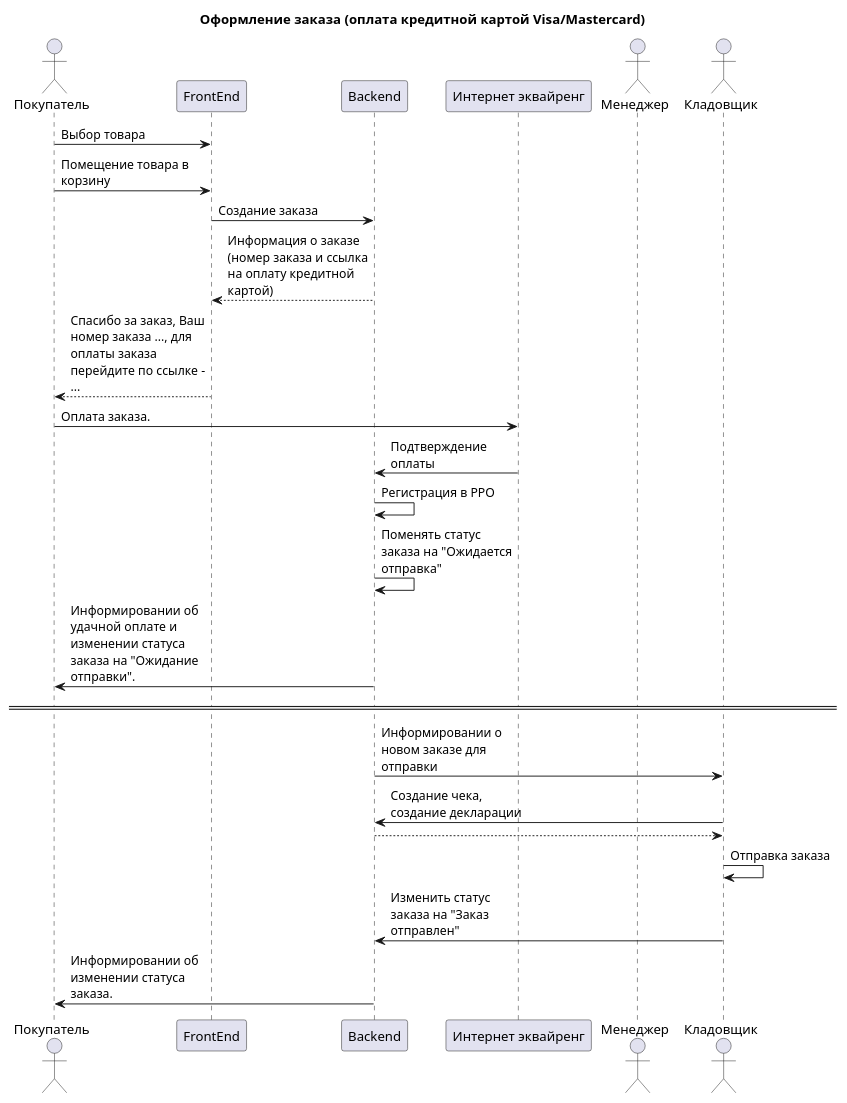
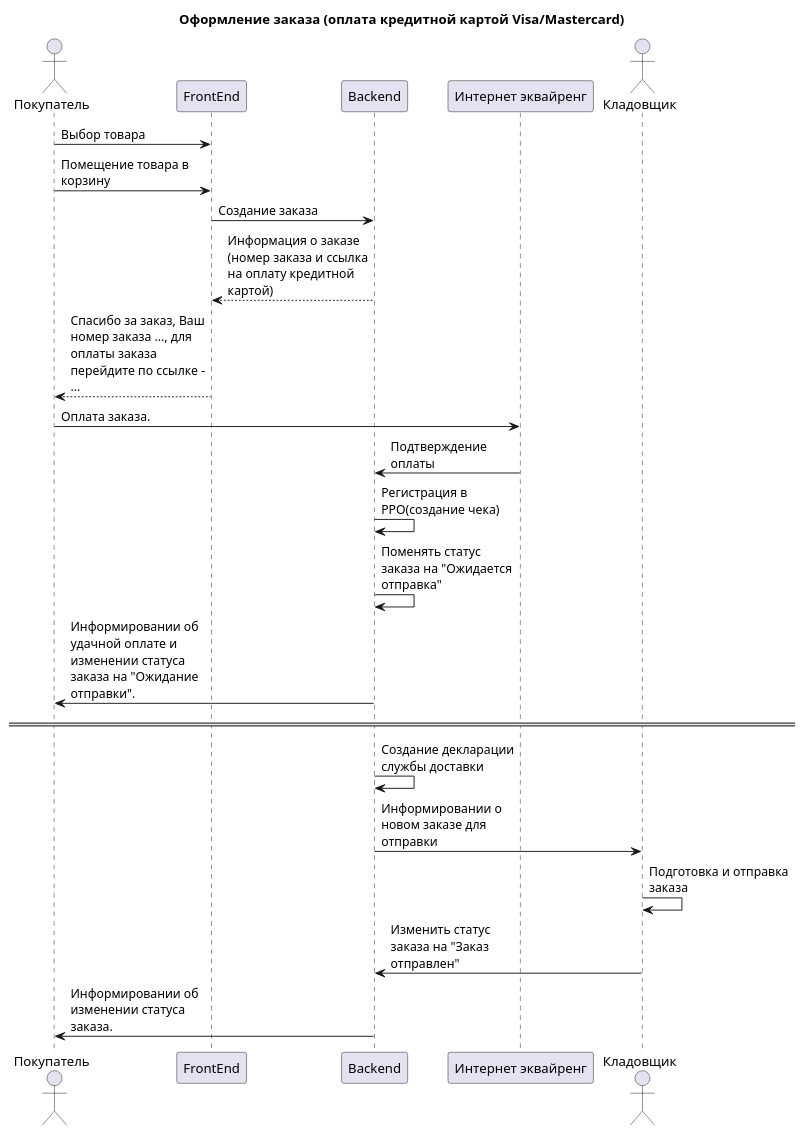
Before and after one commit to VadimShtukan/per.ua.ms: the diagram in documentation/use_case/create_order_3.puml, drawn with PlantUML. The commit also changed 14 other files, not shown here.

```diff
--- a/documentation/use_case/create_order_3.puml
+++ b/documentation/use_case/create_order_3.puml
@@ -1,32 +1,30 @@
 @startuml
 title Оформление заказа (оплата кредитной картой Visa/Mastercard)
 skinparam maxmessagesize 150
 
 actor Покупатель as User
 participant "FrontEnd" as FrontEnd
 participant "Backend" as Backend
 participant "Интернет эквайренг" as PayService
-actor Менеджер as Manager
 actor Кладовщик as StockMan
 
 User -> FrontEnd: Выбор товара
 User -> FrontEnd: Помещение товара в корзину
 FrontEnd -> Backend: Создание заказа
 Backend --> FrontEnd: Информация о заказе (номер заказа и ссылка на оплату кредитной картой)
 FrontEnd --> User: Спасибо за заказ, Ваш номер заказа ..., для оплаты заказа перейдите по ссылке - ...
 User -> PayService: Оплата заказа.
 PayService -> Backend: Подтверждение оплаты
-Backend -> Backend: Регистрация в РРО
+Backend -> Backend: Регистрация в РРО(создание чека)
 Backend -> Backend: Поменять статус заказа на "Ожидается отправка"
 Backend -> User: Информировании об удачной оплате и изменении статуса заказа на "Ожидание отправки".
 
 ==  ==
+Backend -> Backend: Создание декларации службы доставки
 Backend -> StockMan: Информировании о новом заказе для отправки
-StockMan -> Backend: Создание чека, создание декларации
-Backend --> StockMan:
-StockMan -> StockMan: Отправка заказа
+StockMan -> StockMan: Подготовка и отправка заказа
 StockMan -> Backend: Изменить статус заказа на "Заказ отправлен"
 Backend -> User: Информировании об изменении статуса заказа.
 
 
 @enduml
```
